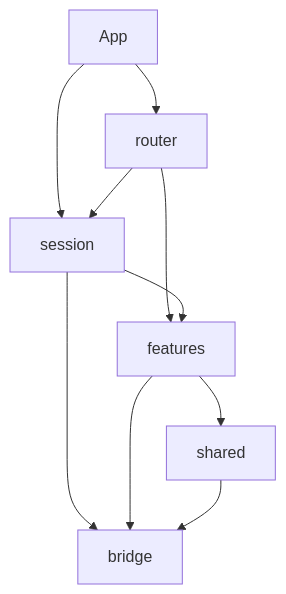
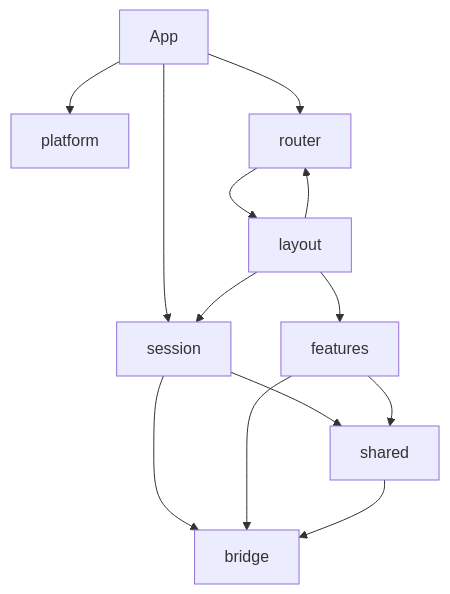
The second of 2 diagrams in docs/frontend.md (viclilei1921/precession), drawn with Mermaid before and after one commit. The commit also changed other lines of this file and 182 other files, not shown here.

````diff
--- a/docs/frontend.md
+++ b/docs/frontend.md
@@ -71,18 +80,23 @@
 ```mermaid
 flowchart TD
   appEntry[App]
+  platformNode[platform]
+  sessionNode[session]
   routerNode[router]
-  sessionNode[session]
+  layoutNode[layout]
   featuresNode[features]
   sharedNode[shared]
   bridgeNode[bridge]
+  appEntry --> platformNode
   appEntry --> sessionNode
   appEntry --> routerNode
-  routerNode --> sessionNode
-  routerNode --> featuresNode
-  sessionNode --> featuresNode
+  routerNode --> layoutNode
+  layoutNode --> sessionNode
+  layoutNode --> featuresNode
+  layoutNode --> routerNode
+  sessionNode --> sharedNode
   sessionNode --> bridgeNode
   featuresNode --> sharedNode
   featuresNode --> bridgeNode
   sharedNode --> bridgeNode
 ```
````
